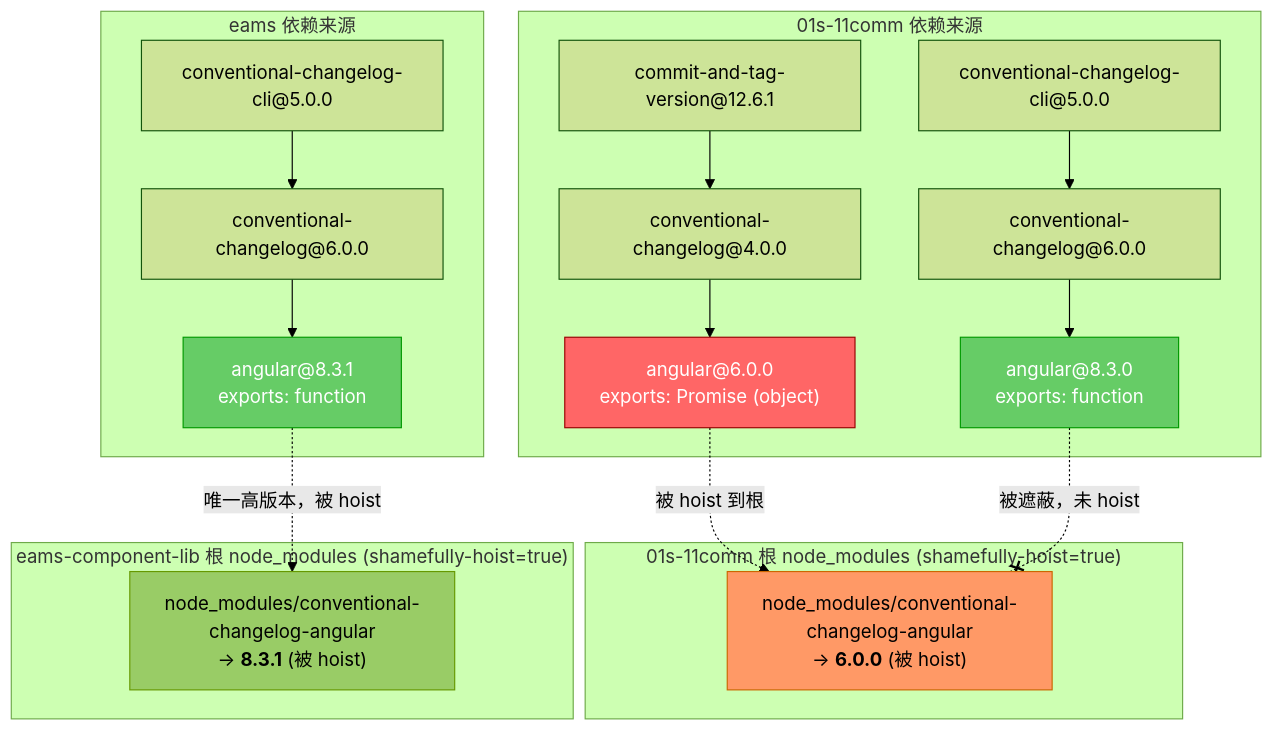
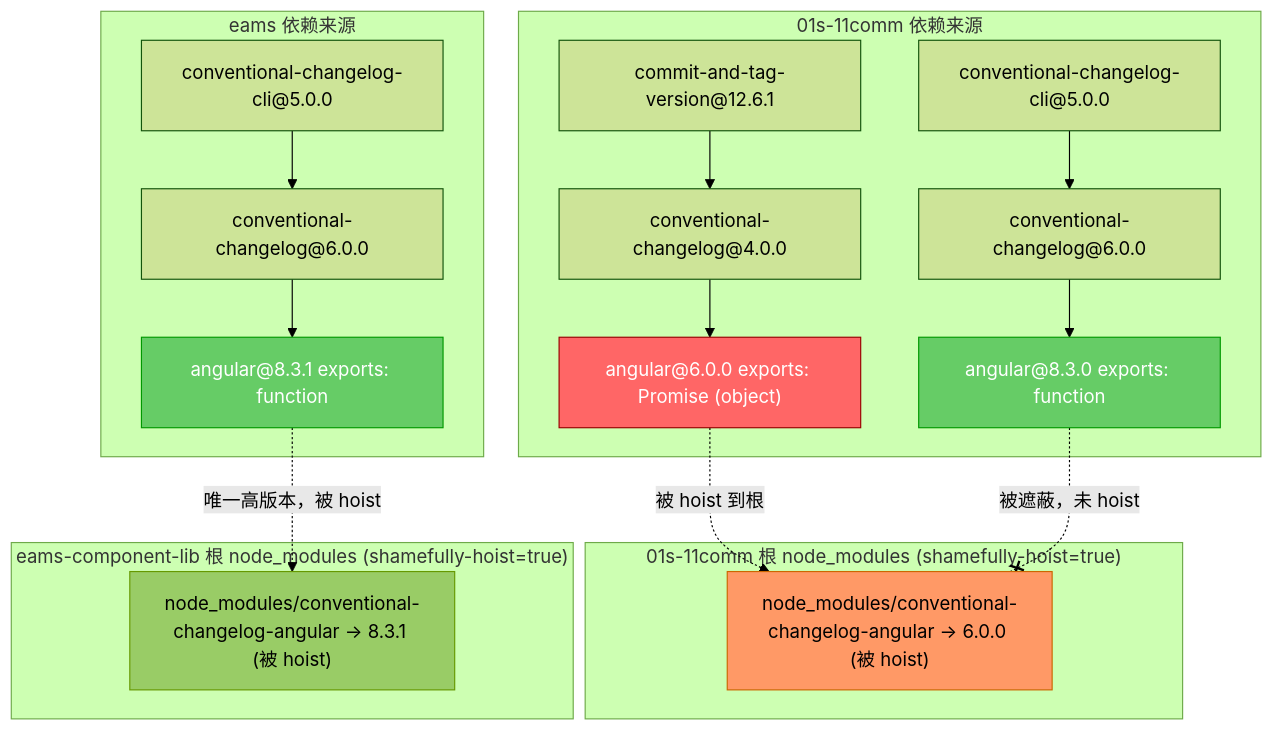
One commit to ruan-cat/notes changed the fourth of 6 diagrams in docs/ruan-cat-notes/docs/bug/026-fuck-commit-and-tag-version-2026-4-9/2026-04-09-conventional-changelog-angular-version-conflict-analysis.md. Above: the diagram before and after it, drawn with Mermaid (forest theme). The commit also changed other lines of this file and 2 other files, not shown here.

First line of the commit message:
🐞 fix(docs): 修复 mermaid/handlebars 代码块导致 VitePress 构建错误

````diff
--- a/docs/ruan-cat-notes/docs/bug/026-fuck-commit-and-tag-version-2026-4-9/2026-04-09-conventional-changelog-angular-version-conflict-analysis.md
+++ b/docs/ruan-cat-notes/docs/bug/026-fuck-commit-and-tag-version-2026-4-9/2026-04-09-conventional-changelog-angular-version-conflict-analysis.md
@@ -201,40 +201,40 @@
 ```mermaid
 graph TB
     subgraph "01s-11comm 根 node_modules (shamefully-hoist=true)"
-        ROOT_A["node_modules/conventional-changelog-angular<br/>→ <b>6.0.0</b> (被 hoist)"]
+        ROOT_A["node_modules/conventional-changelog-angular → 6.0.0 (被 hoist)"]
     end
 
     subgraph "01s-11comm 依赖来源"
         CTV["commit-and-tag-version@12.6.1"]
         CL4["conventional-changelog@4.0.0"]
-        A6["angular@6.0.0<br/>exports: Promise (object)"]
+        A6["angular@6.0.0 exports: Promise (object)"]
         CTV --> CL4 --> A6
 
         CLI5_A["conventional-changelog-cli@5.0.0"]
         CL6_A["conventional-changelog@6.0.0"]
-        A8_A["angular@8.3.0<br/>exports: function"]
+        A8_A["angular@8.3.0 exports: function"]
         CLI5_A --> CL6_A --> A8_A
     end
 
     A6 -. "被 hoist 到根" .-> ROOT_A
     A8_A -. "被遮蔽，未 hoist" .-x ROOT_A
 
     subgraph "eams-component-lib 根 node_modules (shamefully-hoist=true)"
-        ROOT_B["node_modules/conventional-changelog-angular<br/>→ <b>8.3.1</b> (被 hoist)"]
+        ROOT_B["node_modules/conventional-changelog-angular → 8.3.1 (被 hoist)"]
     end
 
     subgraph "eams 依赖来源"
         CLI5_B["conventional-changelog-cli@5.0.0"]
         CL6_B["conventional-changelog@6.0.0"]
-        A8_B["angular@8.3.1<br/>exports: function"]
+        A8_B["angular@8.3.1 exports: function"]
         CLI5_B --> CL6_B --> A8_B
     end
 
     A8_B -. "唯一高版本，被 hoist" .-> ROOT_B
 
     style A6 fill:#f66,stroke:#900,color:#fff
     style A8_A fill:#6c6,stroke:#090,color:#fff
     style A8_B fill:#6c6,stroke:#090,color:#fff
     style ROOT_A fill:#f96,stroke:#c60
     style ROOT_B fill:#9c6,stroke:#690
 ```
````
